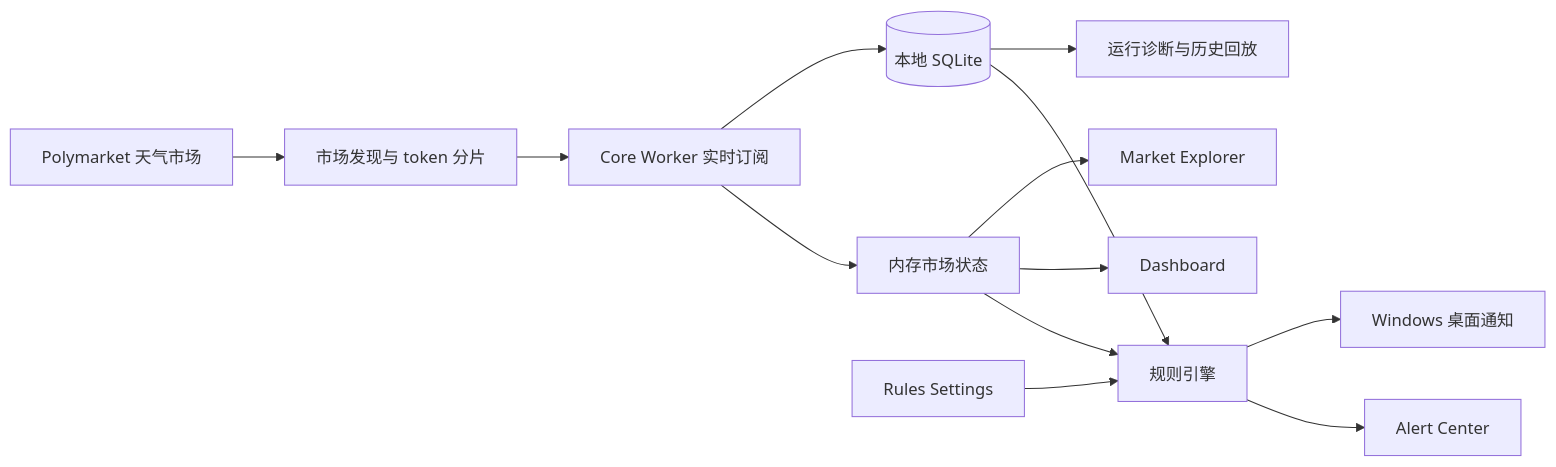
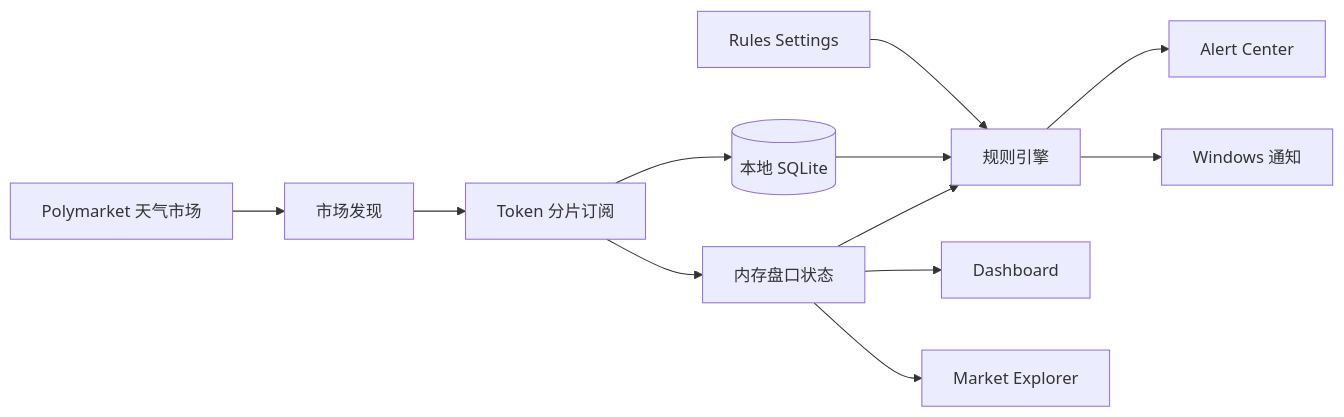
One commit to xxoo13149/warning-app changed the second of 2 diagrams in README.md. Above: the diagram before and after it, drawn with Mermaid. The commit also changed other lines of this file and 11 other files, not shown here.

````diff
--- a/README.md
+++ b/README.md
@@ -102,15 +90,14 @@
 ```mermaid
 flowchart LR
-  A[Polymarket 天气市场] --> B[市场发现与 token 分片]
-  B --> C[Core Worker 实时订阅]
-  C --> D[内存市场状态]
-  C --> E[(本地 SQLite)]
-  D --> F[规则引擎]
+  A["Polymarket 天气市场"] --> B["市场发现"]
+  B --> C["Token 分片订阅"]
+  C --> D["内存盘口状态"]
+  C --> E[("本地 SQLite")]
+  D --> F["规则引擎"]
   E --> F
-  F --> G[Alert Center]
-  F --> H[Windows 桌面通知]
-  D --> I[Dashboard]
-  D --> J[Market Explorer]
-  E --> K[运行诊断与历史回放]
-  L[Rules Settings] --> F
+  F --> G["Alert Center"]
+  F --> H["Windows 通知"]
+  D --> I["Dashboard"]
+  D --> J["Market Explorer"]
+  K["Rules Settings"] --> F
 ```
````
